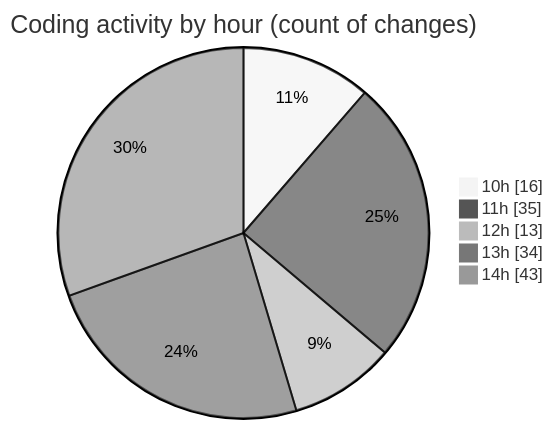
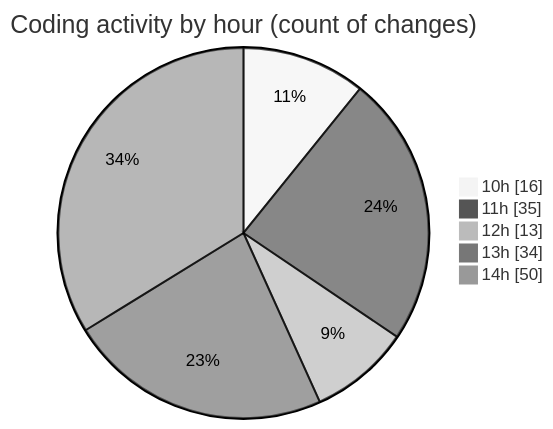
The second of 2 diagrams in 2025-02-20/micros/README.md (charlie-sans/code-tracking), drawn with Mermaid (neutral theme) before and after one commit. The commit also changed other lines of this file and 1 other file, not shown here.

````diff
--- a/2025-02-20/micros/README.md
+++ b/2025-02-20/micros/README.md
@@ -54,9 +54,9 @@
 ```mermaid
 pie showData
 title Coding activity by hour (count of changes)
 "10h" : 16
 "11h" : 35
 "12h" : 13
 "13h" : 34
-"14h" : 43
+"14h" : 50
 ```
````
